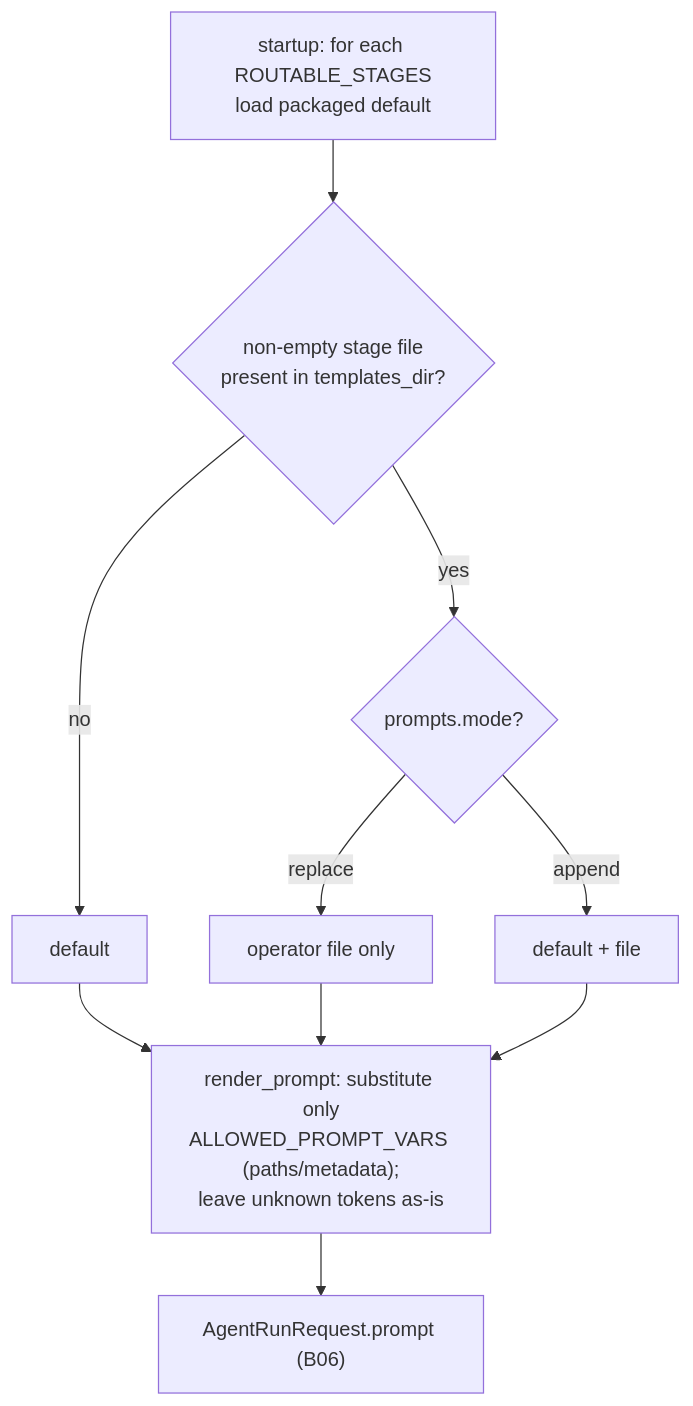
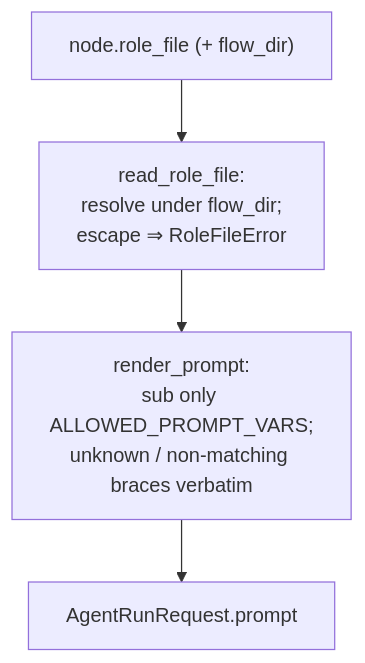
The diagram in docs/functional/blocks/B15-prompt-templates.md (VladimirMakarevich/wastech-orchestrator), drawn with Mermaid before and after one commit. The commit also changed other lines of this file and 261 other files, not shown here.

First line of the commit message:
flow engine p1 (#8)

````diff
--- a/docs/functional/blocks/B15-prompt-templates.md
+++ b/docs/functional/blocks/B15-prompt-templates.md
@@ -44,12 +51,6 @@
 ```mermaid
 flowchart TB
-    start["startup: for each ROUTABLE_STAGES<br/>load packaged default"] --> ovr{"non-empty stage file<br/>present in templates_dir?"}
-    ovr -->|no| def["default"]
-    ovr -->|yes| mode{"prompts.mode?"}
-    mode -->|replace| only["operator file only"]
-    mode -->|append| both["default + file"]
-    def --> render
-    only --> render
-    both --> render["render_prompt: substitute only<br/>ALLOWED_PROMPT_VARS (paths/metadata);<br/>leave unknown tokens as-is"]
-    render --> out["AgentRunRequest.prompt (B06)"]
+  rf["node.role_file (+ flow_dir)"] --> read["read_role_file:<br/>resolve under flow_dir;<br/>escape ⇒ RoleFileError"]
+  read --> render["render_prompt:<br/>sub only ALLOWED_PROMPT_VARS;<br/>unknown / non-matching braces verbatim"]
+  render --> out["AgentRunRequest.prompt"]
 ```
````
